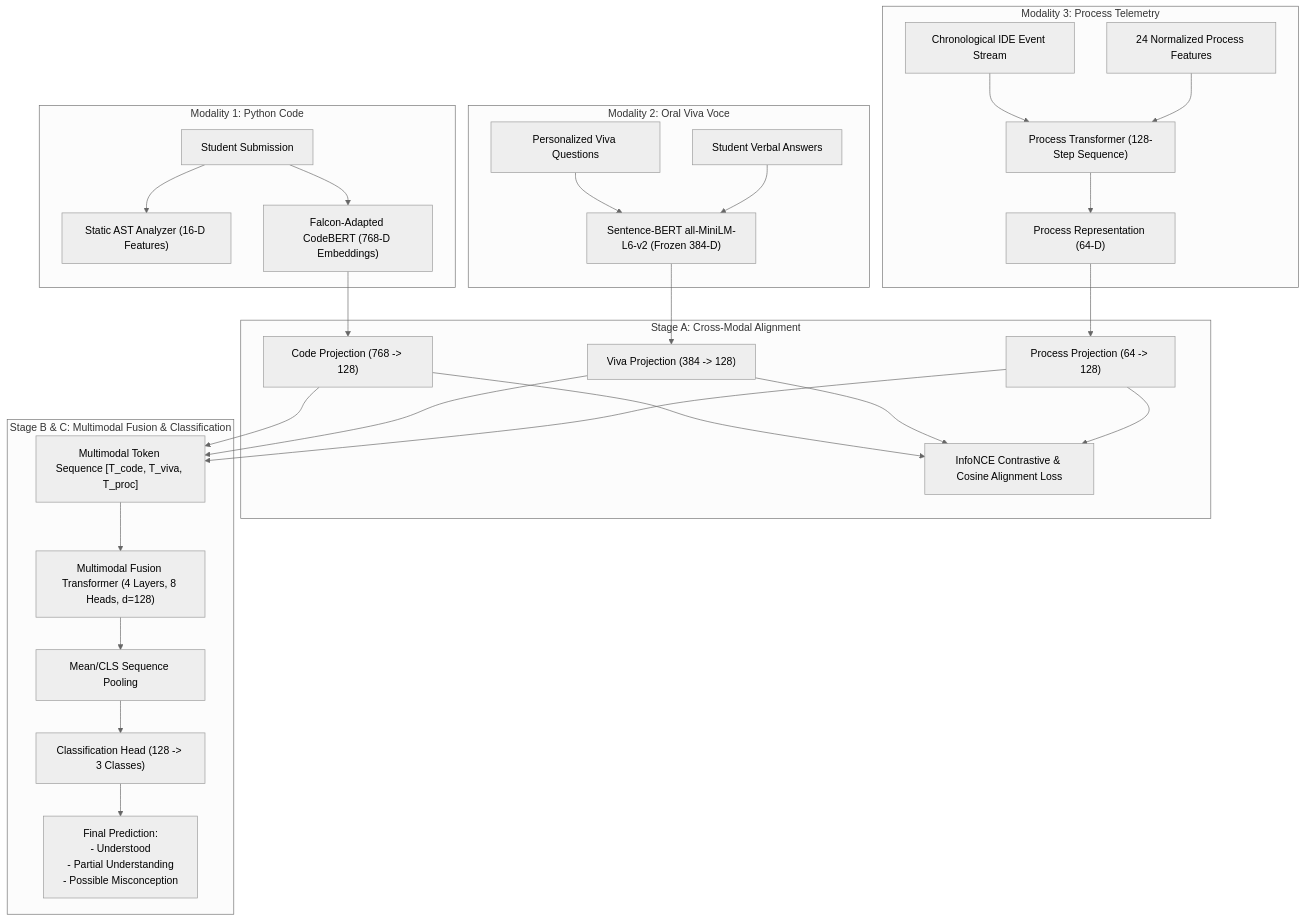
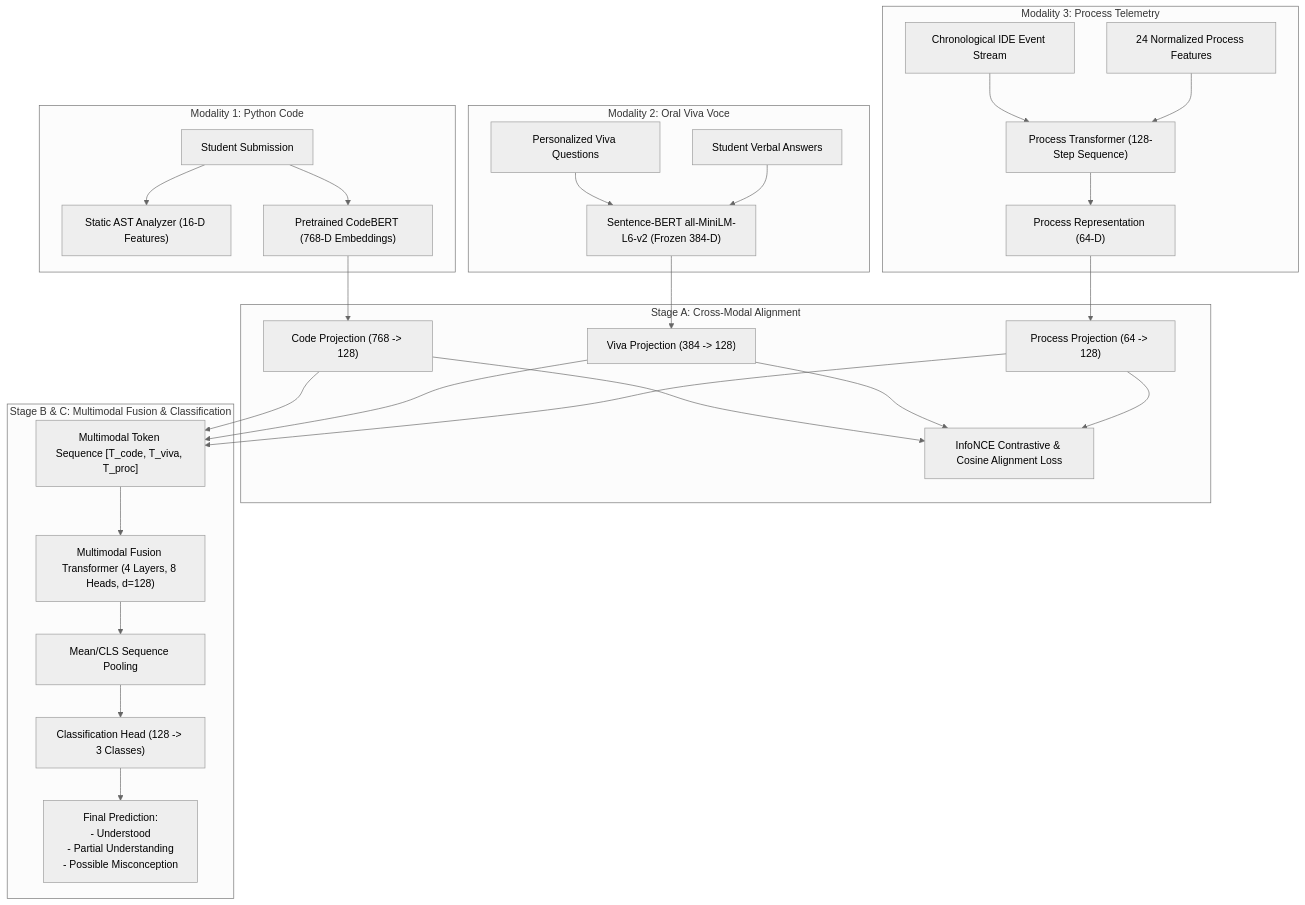
Before and after one commit to arnav-bansal-20/deepmisconception: the diagram in README.md, drawn with Mermaid (neutral theme). The commit also changed other lines of this file and 1 other file, not shown here.

Commit message:
docs: remove all references to Falcon Code and reflect standard pretrained CodeBERT

````diff
--- a/README.md
+++ b/README.md
@@ -59,32 +59,32 @@
 ```mermaid
 flowchart TD
     subgraph S1["Modality 1: Python Code"]
         CODE["Student Submission"] --> AST["Static AST Analyzer (16-D Features)"]
-        CODE --> CODEBERT["Falcon-Adapted CodeBERT (768-D Embeddings)"]
+        CODE --> CODEBERT["Pretrained CodeBERT (768-D Embeddings)"]
     end
 
     subgraph S2["Modality 2: Oral Viva Voce"]
         Q["Personalized Viva Questions"] & A["Student Verbal Answers"] --> SBERT["Sentence-BERT all-MiniLM-L6-v2 (Frozen 384-D)"]
     end
 
     subgraph S3["Modality 3: Process Telemetry"]
         EVENTS["Chronological IDE Event Stream"] --> PROCTRANS["Process Transformer (128-Step Sequence)"]
         FEATS["24 Normalized Process Features"] --> PROCTRANS
         PROCTRANS --> PROCOUT["Process Representation (64-D)"]
     end
 
     subgraph ALIGN["Stage A: Cross-Modal Alignment"]
         CODEBERT --> P_CODE["Code Projection (768 -> 128)"]
         SBERT --> P_VIVA["Viva Projection (384 -> 128)"]
         PROCOUT --> P_PROC["Process Projection (64 -> 128)"]
         P_CODE & P_VIVA & P_PROC --> CONTRAST["InfoNCE Contrastive & Cosine Alignment Loss"]
     end
 
     subgraph FUSION["Stage B & C: Multimodal Fusion & Classification"]
         P_CODE & P_VIVA & P_PROC --> TOKENS["Multimodal Token Sequence [T_code, T_viva, T_proc]"]
         TOKENS --> MTR["Multimodal Fusion Transformer (4 Layers, 8 Heads, d=128)"]
         MTR --> POOL["Mean/CLS Sequence Pooling"]
         POOL --> HEAD["Classification Head (128 -> 3 Classes)"]
         HEAD --> DIAG["Final Prediction:\n- Understood\n- Partial Understanding\n- Possible Misconception"]
     end
 ```
````
